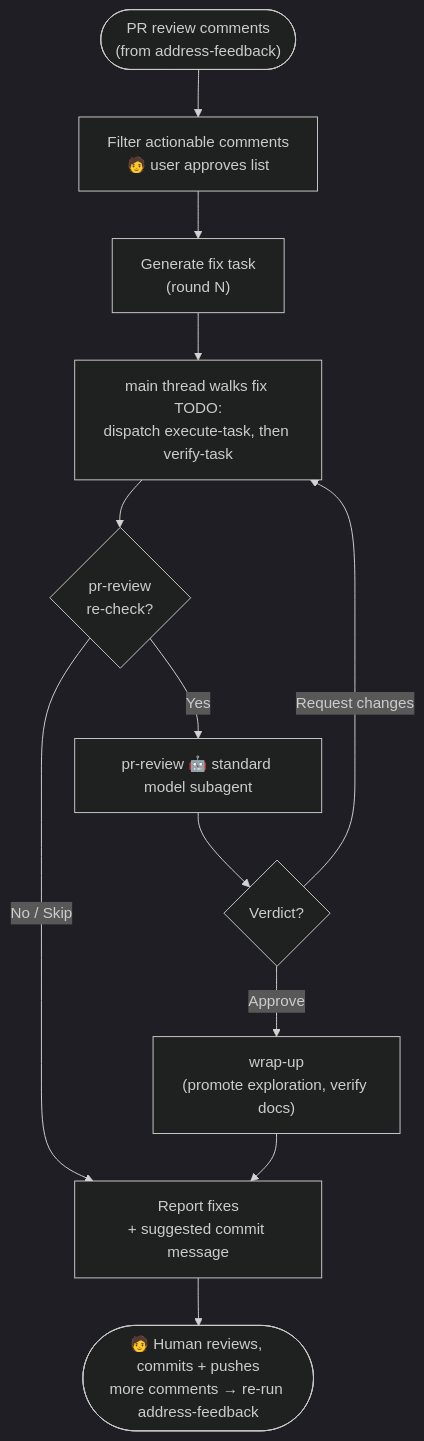
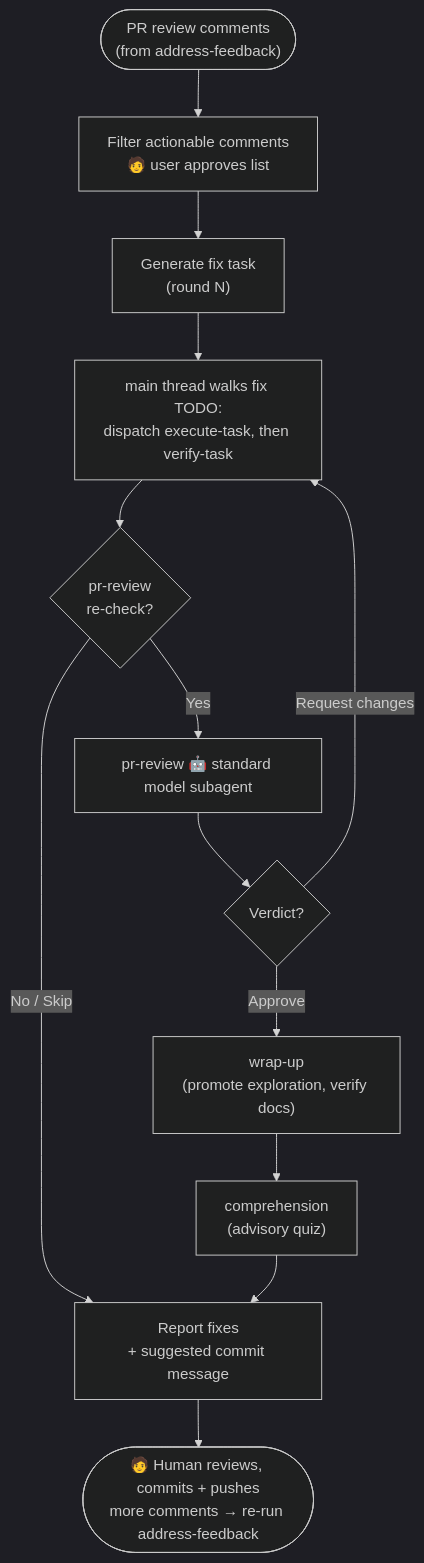
One commit to precise-alloy/ritus changed the fifth of 8 diagrams in docs/WORKFLOW_DIAGRAMS.md. Above: the diagram before and after it, drawn with Mermaid (dark theme). The commit also changed other lines of this file and 5 other files, not shown here.

Commit message:
feat(skills): add comprehension quiz skill as chain terminal after wrap-up

````diff
--- a/docs/WORKFLOW_DIAGRAMS.md
+++ b/docs/WORKFLOW_DIAGRAMS.md
@@ -186,14 +187,15 @@
 ```mermaid
 flowchart TD
     Start(["PR review comments\n(from address-feedback)"]) --> AFFilter["Filter actionable comments\n🧑 user approves list"]
     AFFilter --> AFTask["Generate fix task\n(round N)"]
     AFTask --> AFExec["main thread walks fix TODO:\ndispatch execute-task, then verify-task"]
     AFExec --> AFRecheck{"pr-review\nre-check?"}
     AFRecheck -->|"Yes"| AFReview["pr-review 🤖 standard model subagent"]
     AFReview --> AFVerdict{"Verdict?"}
     AFVerdict -->|"Approve"| AFWrapUp["wrap-up\n(promote exploration, verify docs)"]
     AFVerdict -->|"Request changes"| AFExec
     AFRecheck -->|"No / Skip"| AFCommit["Report fixes\n+ suggested commit message"]
-    AFWrapUp --> AFCommit
+    AFWrapUp --> AFComp["comprehension\n(advisory quiz)"]
+    AFComp --> AFCommit
     AFCommit --> AFDone(["🧑 Human reviews, commits + pushes\nmore comments → re-run address-feedback"])
 ```
````
